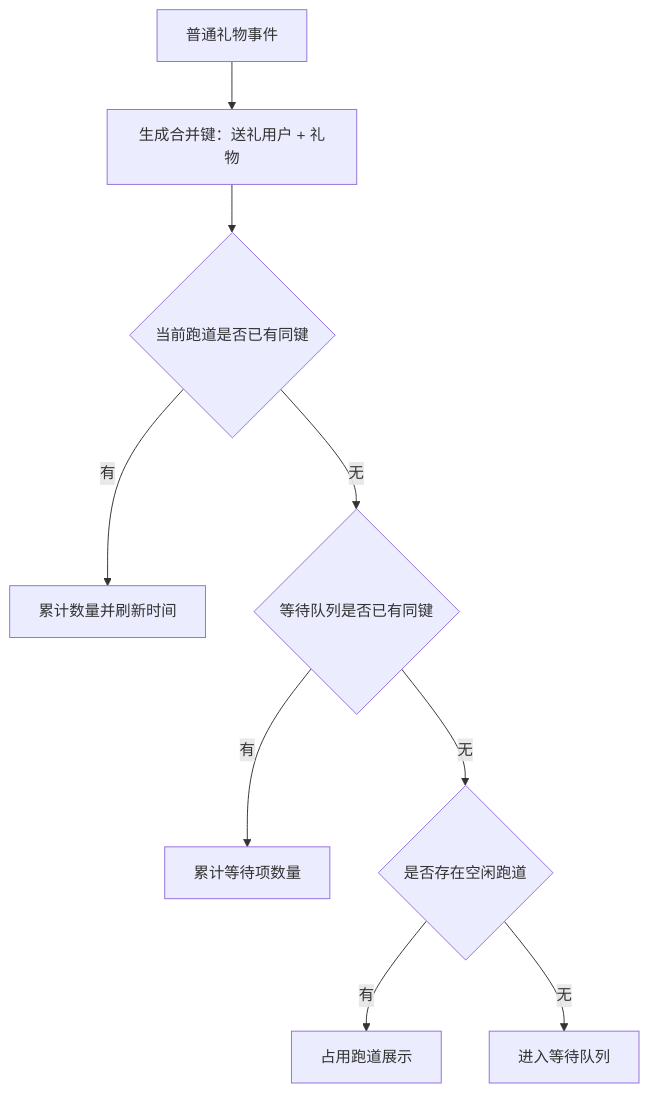
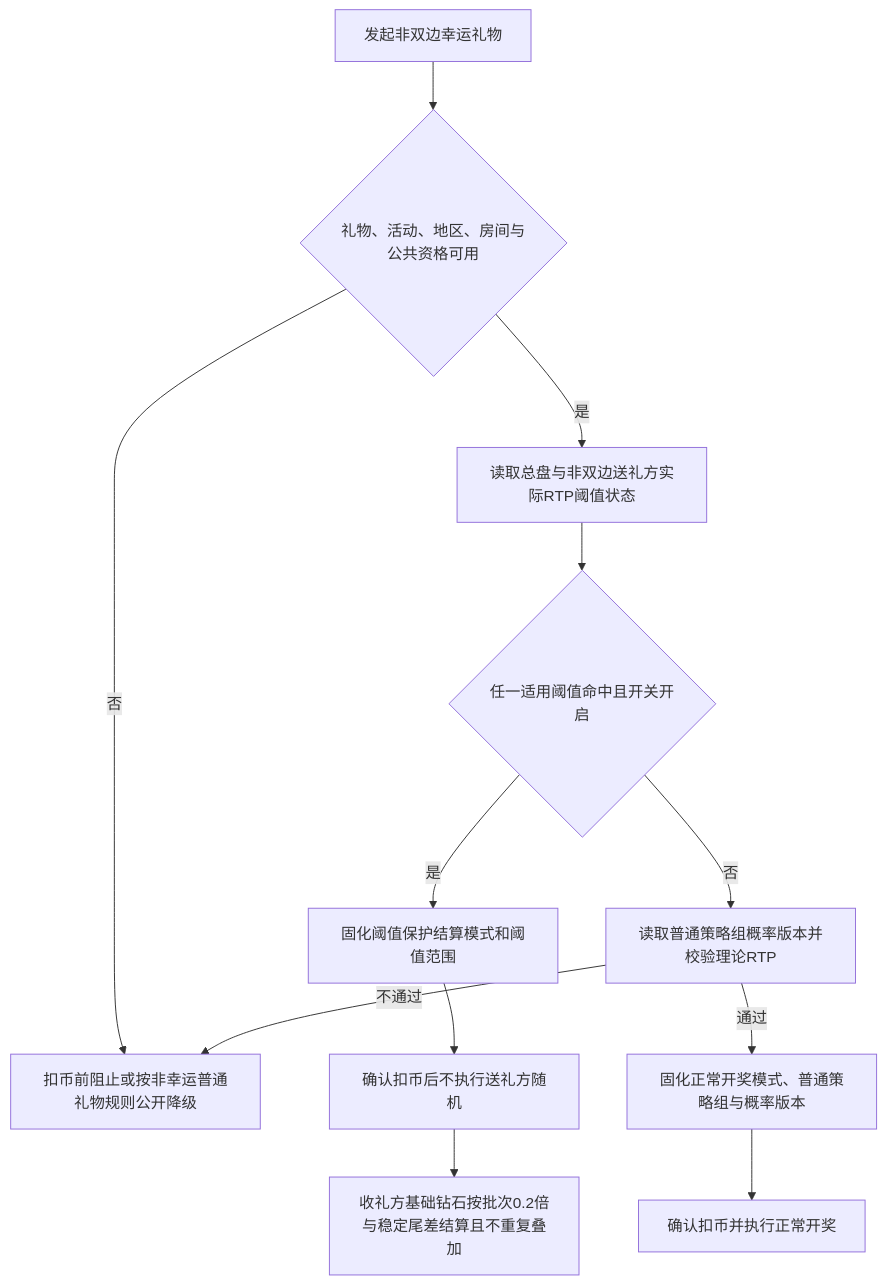
The fifth of 7 diagrams in 幸运礼物1.0_核心逻辑需求文档.md (kocekid/LuckGift1.0), drawn with Mermaid before and after one commit. The commit also changed other lines of this file, not shown here.

````diff
--- a/幸运礼物1.0_核心逻辑需求文档.md
+++ b/幸运礼物1.0_核心逻辑需求文档.md
@@ -957,11 +293,14 @@
 ```mermaid
 flowchart TD
-    A[普通礼物事件] --> B[生成合并键：送礼用户 + 礼物]
-    B --> C{当前跑道是否已有同键}
-    C -->|有| D[累计数量并刷新时间]
-    C -->|无| E{等待队列是否已有同键}
-    E -->|有| F[累计等待项数量]
-    E -->|无| G{是否存在空闲跑道}
-    G -->|有| H[占用跑道展示]
-    G -->|无| I[进入等待队列]
+    A[发起非双边幸运礼物] --> B{礼物、活动、地区、房间与公共资格可用}
+    B -->|否| C[扣币前阻止或按非幸运普通礼物规则公开降级]
+    B -->|是| D[读取总盘与非双边送礼方实际RTP阈值状态]
+    D --> E{任一适用阈值命中且开关开启}
+    E -->|是| F[固化阈值保护结算模式和阈值范围]
+    F --> G[确认扣币后不执行送礼方随机]
+    G --> H[收礼方基础钻石按批次0.2倍与稳定尾差结算且不重复叠加]
+    E -->|否| I[读取普通策略组概率版本并校验理论RTP]
+    I -->|不通过| C
+    I -->|通过| J[固化正常开奖模式、普通策略组与概率版本]
+    J --> K[确认扣币并执行正常开奖]
 ```
````
